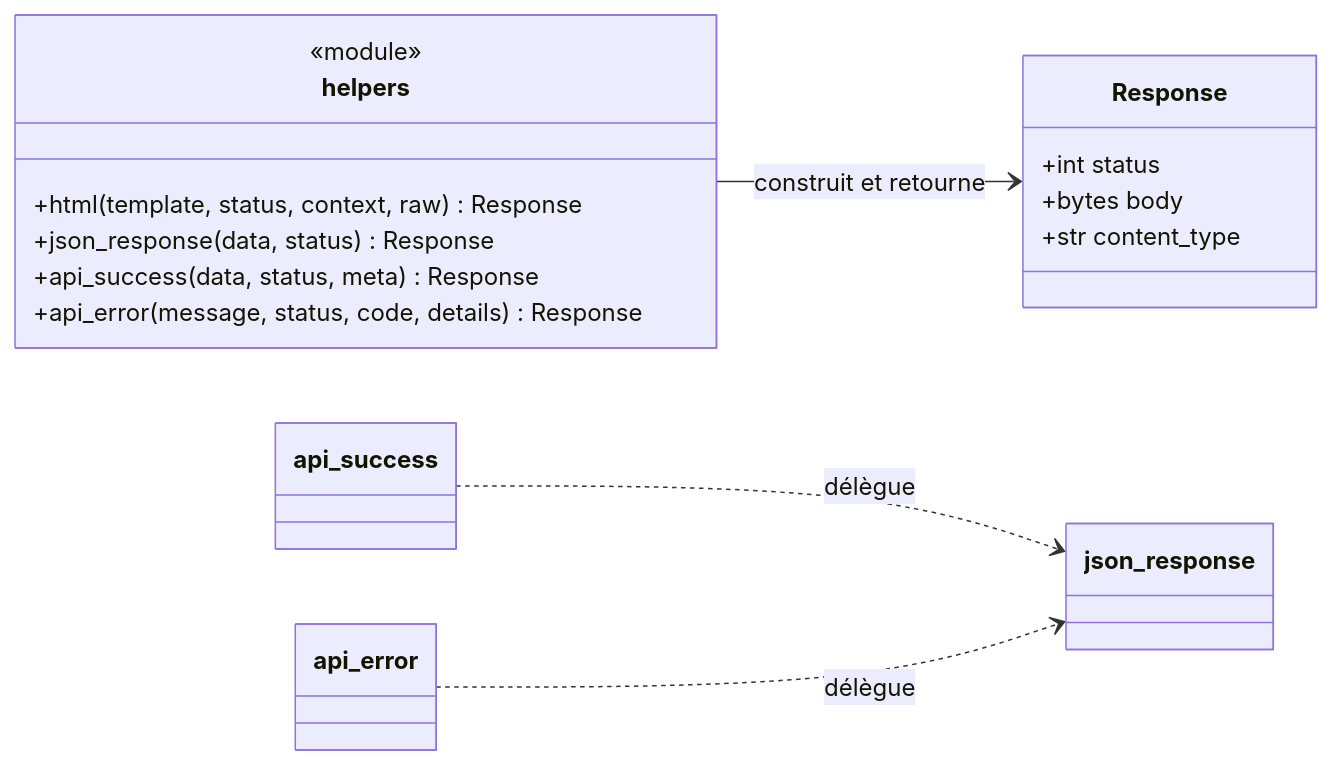
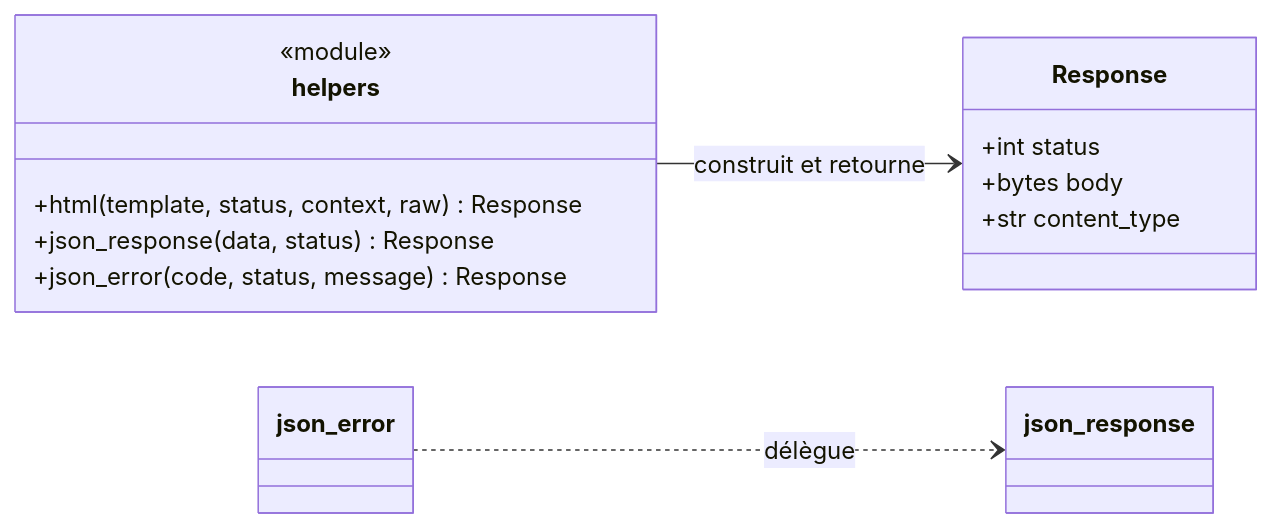
The diagram in core/http/docs/helpers.md (caucrogeGit/Forge), drawn with Mermaid before and after one commit. The commit also changed other lines of this file and 8 other files, not shown here.

````diff
--- a/core/http/docs/helpers.md
+++ b/core/http/docs/helpers.md
@@ -33,22 +33,20 @@
 ```mermaid
 classDiagram
     direction LR
 
     class helpers {
         <<module>>
         +html(template, status, context, raw) Response
         +json_response(data, status) Response
-        +api_success(data, status, meta) Response
-        +api_error(message, status, code, details) Response
+        +json_error(code, status, message) Response
     }
 
     class Response {
         +int status
         +bytes body
         +str content_type
     }
 
     helpers --> Response : construit et retourne
-    api_success ..> json_response : délègue
-    api_error ..> json_response : délègue
+    json_error ..> json_response : délègue
 ```
````
